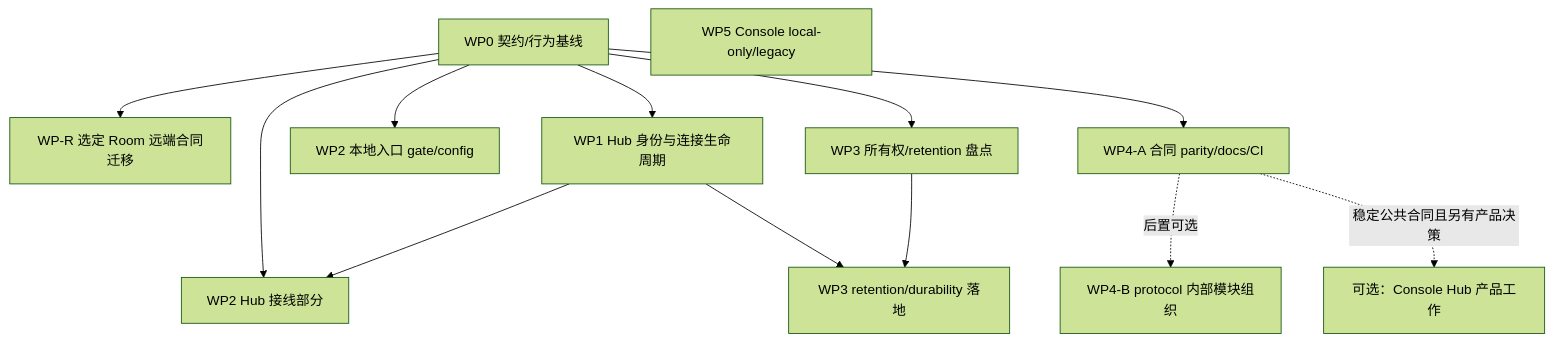
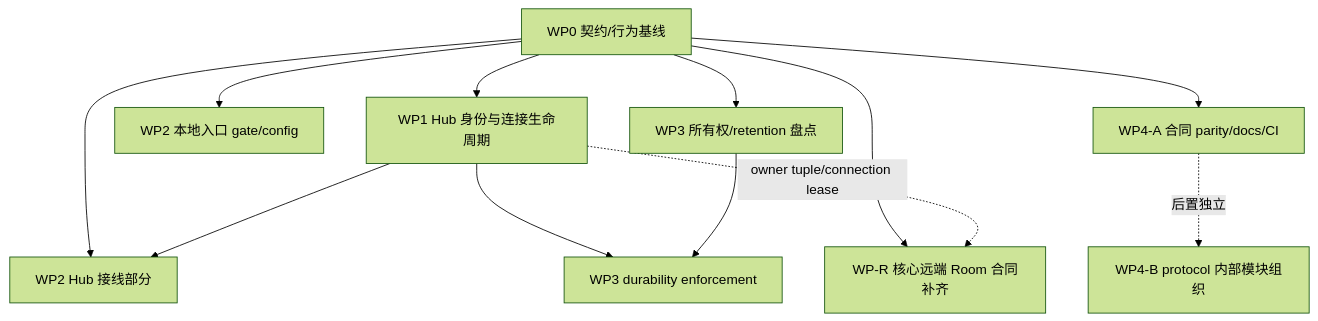
One commit to slhaf/AgenticGPT changed the diagram in docs/architecture/refactoring-plan.md. Above: the diagram before and after it, drawn with Mermaid (forest theme). The commit also changed other lines of this file and 10 other files, not shown here.

Commit message:
docs(architecture): record confirmed scope and migration decisions

````diff
--- a/docs/architecture/refactoring-plan.md
+++ b/docs/architecture/refactoring-plan.md
@@ -67,15 +69,14 @@
 ```mermaid
 flowchart TD
-  W0[WP0 契约/行为基线] --> WR[WP-R 选定 Room 远端合同迁移]
-  W0 --> W1[WP1 Hub 身份与连接生命周期]
+  W0[WP0 契约/行为基线] --> W1[WP1 Hub 身份与连接生命周期]
   W0 --> W2L[WP2 本地入口 gate/config]
   W0 --> W2H[WP2 Hub 接线部分]
   W1 --> W2H
   W0 --> W3I[WP3 所有权/retention 盘点]
-  W1 --> W3E[WP3 retention/durability 落地]
+  W1 --> W3E[WP3 durability enforcement]
   W3I --> W3E
   W0 --> W4A[WP4-A 合同 parity/docs/CI]
-  W4A -.后置可选.-> W4B[WP4-B protocol 内部模块组织]
-  W5[WP5 Console local-only/legacy]
-  W4A -.稳定公共合同且另有产品决策.-> OPT[可选：Console Hub 产品工作]
+  W0 --> WR[WP-R 核心远端 Room 合同补齐]
+  W1 -. owner tuple/connection lease .-> WR
+  W4A -. 后置独立 .-> W4B[WP4-B protocol 内部模块组织]
 ```
````
